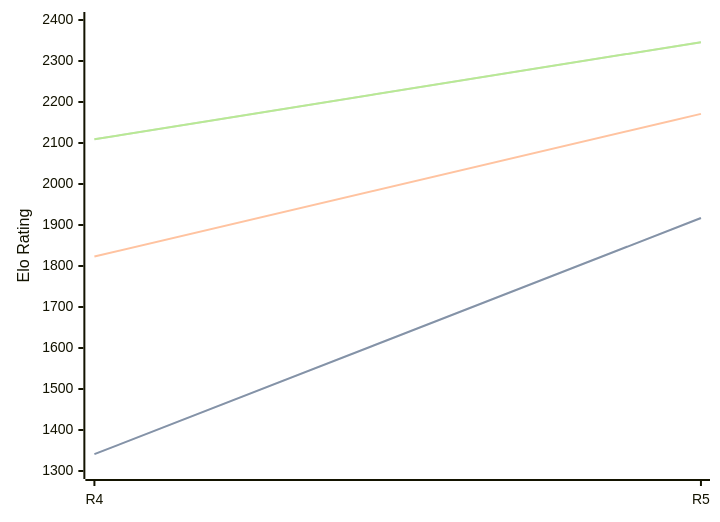
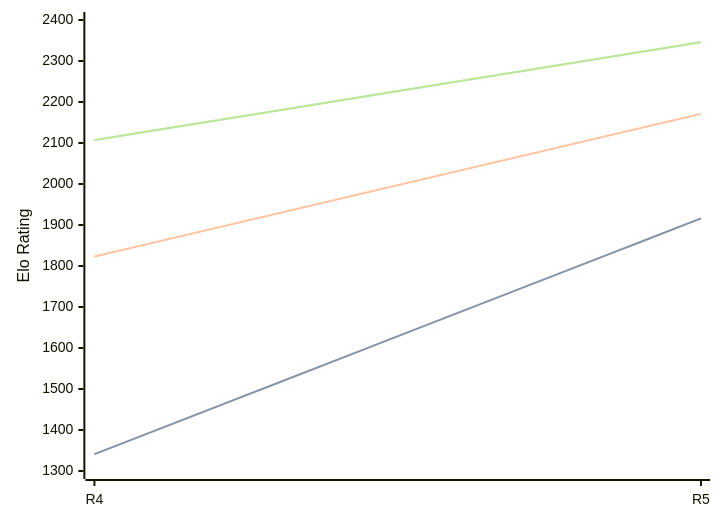
Before and after one commit to computer-chess-index/cci: the third of 3 diagrams in engines/Viking.md, drawn with Mermaid. The commit also changed other lines of this file, not shown here.

Commit message:
Update CCI Ratings (ELO VLTC) - 2026-06-30

````diff
--- a/engines/Viking.md
+++ b/engines/Viking.md
@@ -68,11 +68,11 @@
 ```mermaid
 %%{init: {"theme":"base","themeVariables":{"seriesColors:['#a3a3a3','#222221','#faa371']}}}%%
 xychart-beta
   x-axis ["R4", "R5"]
   y-axis "Elo Rating" 1300 --> 2400
-  line "STC (8.0+0.08s)" [1341, 1917]
-  line "STC (8.0+0.08s)" [1341, 1917]
+  line "STC (8.0+0.08s)" [1341, 1916]
+  line "STC (8.0+0.08s)" [1341, 1916]
   line "LTC (60.0+0.60s)" [1823, 2171]
-  line "VLTC (2m24s+1.12s)" [2109, 2346]
-  line "VLTC (2m24s+1.12s)" [2109, 2346]
+  line "VLTC (2m24s+1.12s)" [2107, 2346]
+  line "VLTC (2m24s+1.12s)" [2107, 2346]
 ```
````
